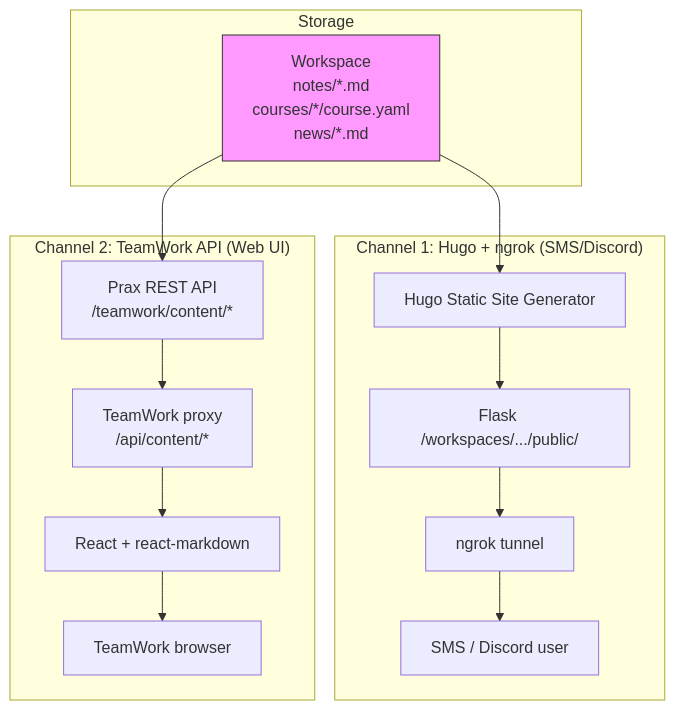
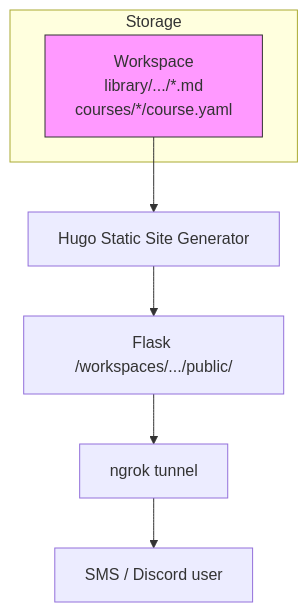
Before and after one commit to praxagent/prax: the diagram in docs/infrastructure/content-publishing.md, drawn with Mermaid. The commit also changed other lines of this file and 156 other files, not shown here.

First line of the commit message:
feat: improve context management, memory management, library, agentic flow (#25)

````diff
--- a/docs/infrastructure/content-publishing.md
+++ b/docs/infrastructure/content-publishing.md
@@ -17,22 +30,13 @@
 ```mermaid
 graph TD
     subgraph Storage
-        WS[Workspace<br/>notes/*.md<br/>courses/*/course.yaml<br/>news/*.md]
+        WS[Workspace<br/>library/.../*.md<br/>courses/*/course.yaml]
     end
 
-    subgraph "Channel 1: Hugo + ngrok (SMS/Discord)"
-        WS --> Hugo[Hugo Static Site Generator]
-        Hugo --> Flask[Flask /workspaces/.../public/]
-        Flask --> ngrok[ngrok tunnel]
-        ngrok --> User1[SMS / Discord user]
-    end
-
-    subgraph "Channel 2: TeamWork API (Web UI)"
-        WS --> API[Prax REST API<br/>/teamwork/content/*]
-        API --> Proxy[TeamWork proxy<br/>/api/content/*]
-        Proxy --> React[React + react-markdown]
-        React --> User2[TeamWork browser]
-    end
+    WS --> Hugo[Hugo Static Site Generator]
+    Hugo --> Flask[Flask /workspaces/.../public/]
+    Flask --> ngrok[ngrok tunnel]
+    ngrok --> User1[SMS / Discord user]
 
     style WS fill:#f9f,stroke:#333
 ```
````
